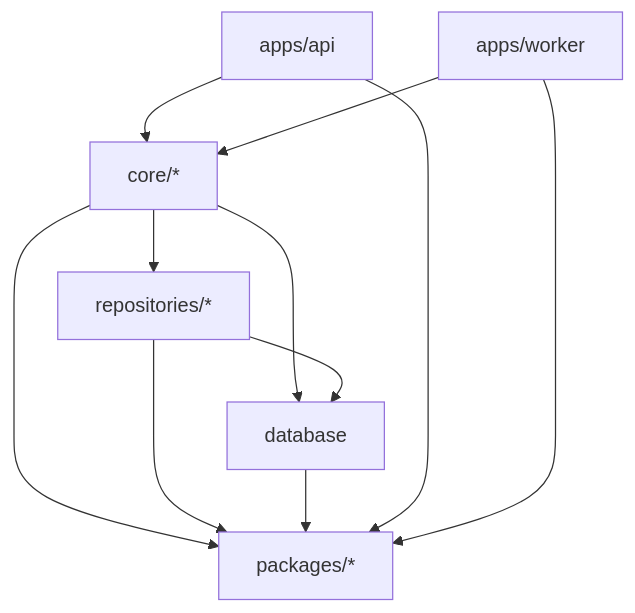
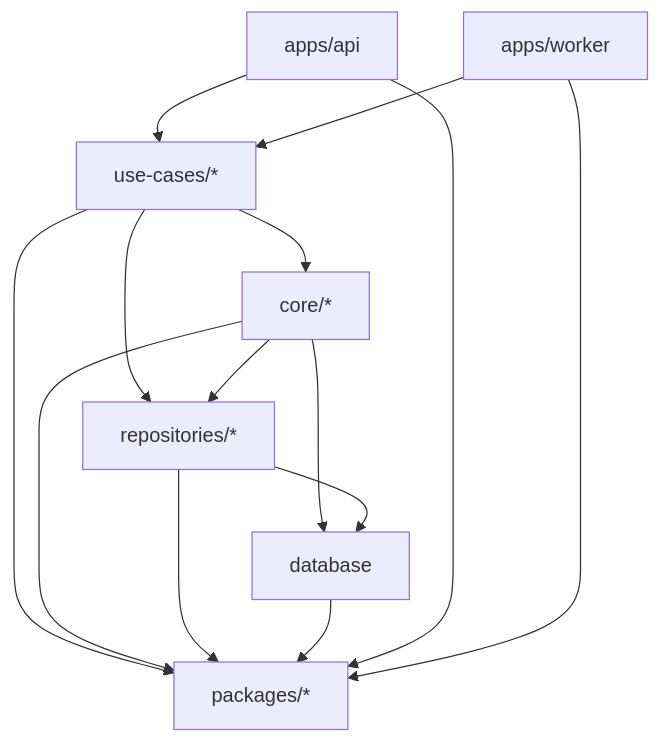
Before and after one commit to khotei/kotodama-core: the diagram in .claude/rules/dependency-hierarchy.md, drawn with Mermaid. The commit also changed other lines of this file and 177 other files, not shown here.

````diff
--- a/.claude/rules/dependency-hierarchy.md
+++ b/.claude/rules/dependency-hierarchy.md
@@ -13,13 +13,16 @@
 ```mermaid
 graph TD
-  api[apps/api] --> core
-  worker[apps/worker] --> core
-  core[core/*] --> repos[repositories/*]
+  api[apps/api] --> uc[use-cases/*]
+  worker[apps/worker] --> uc
+  uc --> core[core/*]
+  uc --> repos[repositories/*]
+  core --> repos
   core --> db[database]
   repos --> db
-  core --> pkgs[packages/*]
+  uc --> pkgs[packages/*]
+  core --> pkgs
   repos --> pkgs
   db --> pkgs
   api --> pkgs
   worker --> pkgs
 ```
````
